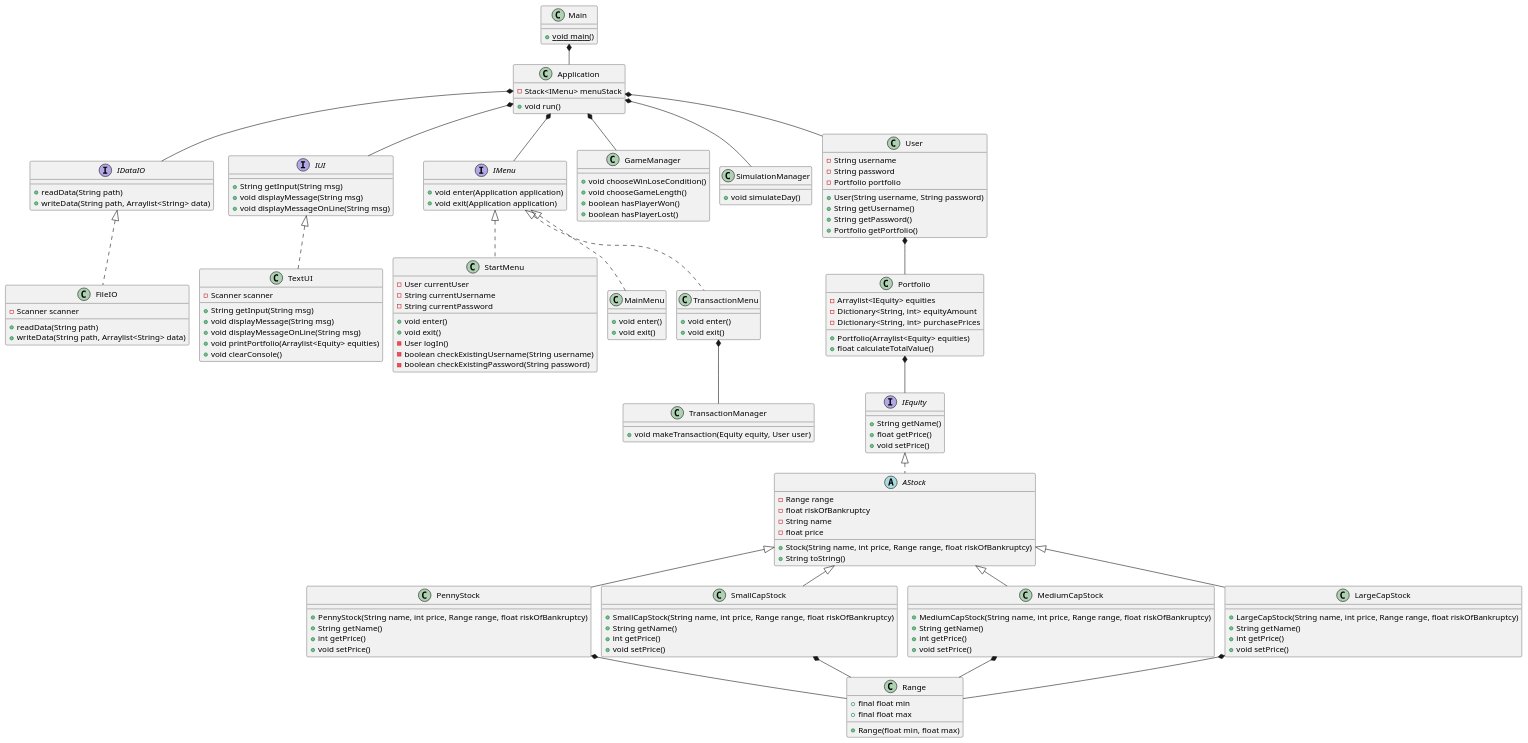
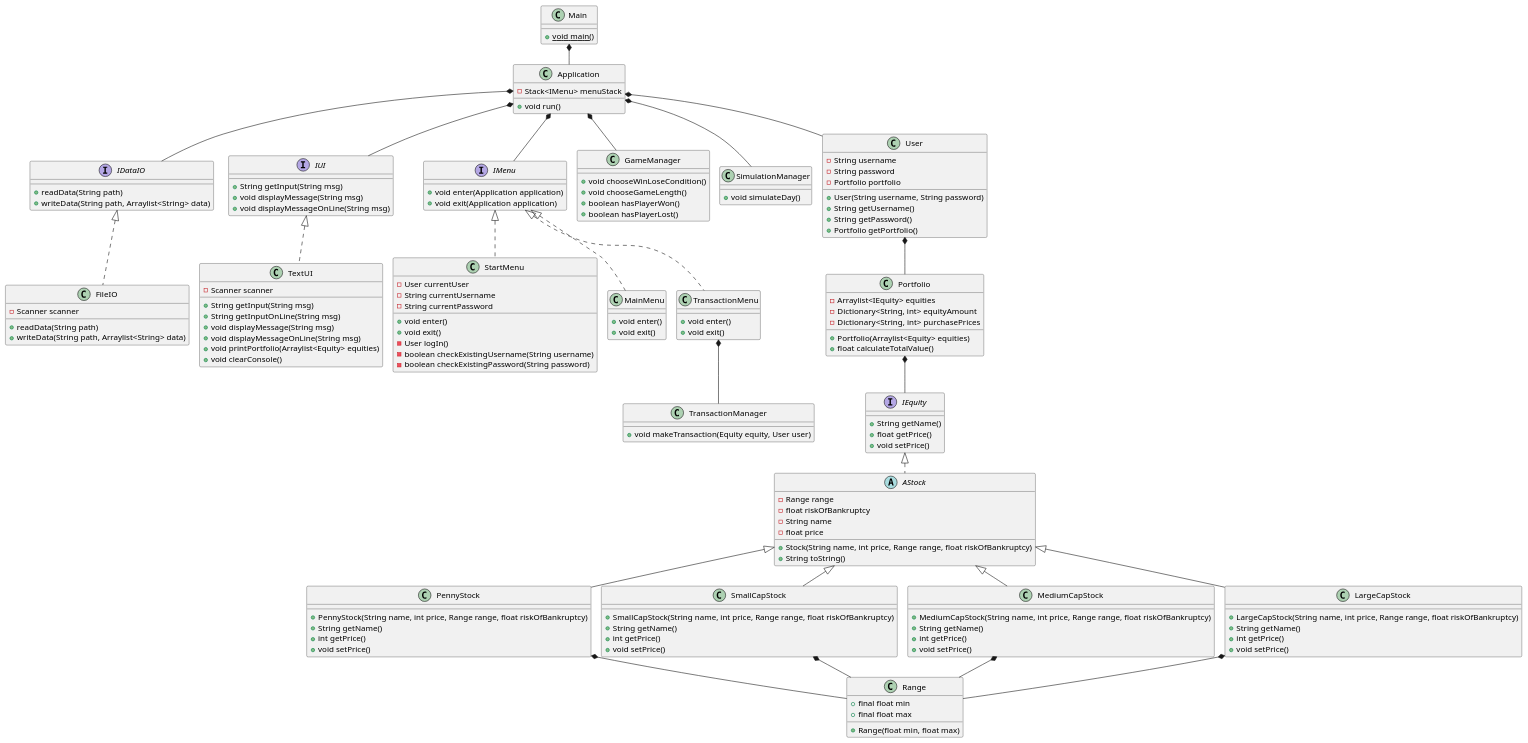
Before and after one commit to TobiasTheDanish/AktieSpil: the diagram in Documentation/KlasseDiagram.puml, drawn with PlantUML. The commit also changed 4 other files, not shown here.

```diff
--- a/Documentation/KlasseDiagram.puml
+++ b/Documentation/KlasseDiagram.puml
@@ -1,161 +1,162 @@
 @startuml
 !pragma layout smetana
 'https://plantuml.com/class-diagram
 class Main {
     + {static} void main()
 }
 
 class Application {
     - Stack<IMenu> menuStack
     + void run()
 }
 
 interface IDataIO {
     + readData(String path)
     + writeData(String path, Arraylist<String> data)
 }
 
 class FileIO implements IDataIO {
     - Scanner scanner
     + readData(String path)
     + writeData(String path, Arraylist<String> data)
 
 }
 
 interface IUI {
     + String getInput(String msg)
     + void displayMessage(String msg)
     + void displayMessageOnLine(String msg)
 }
 
 class TextUI implements IUI {
     - Scanner scanner
     + String getInput(String msg)
+    + String getInputOnLine(String msg)
     + void displayMessage(String msg)
     + void displayMessageOnLine(String msg)
     + void printPortfolio(Arraylist<Equity> equities)
     + void clearConsole()
 }
 
 interface IMenu {
     + void enter(Application application)
     + void exit(Application application)
 }
 
 class StartMenu implements IMenu {
     - User currentUser
     - String currentUsername
     - String currentPassword
     + void enter()
     + void exit()
     - User logIn()
     - boolean checkExistingUsername(String username)
     - boolean checkExistingPassword(String password)
 }
 
 class MainMenu implements IMenu {
     + void enter()
     + void exit()
 }
 
 class TransactionMenu implements IMenu {
     + void enter()
     + void exit()
 }
 
 class TransactionManager {
     + void makeTransaction(Equity equity, User user)
 }
 
 class GameManager {
     + void chooseWinLoseCondition()
     + void chooseGameLength()
     + boolean hasPlayerWon()
     + boolean hasPlayerLost()
 }
 
 class SimulationManager {
     + void simulateDay()
 }
 
 class User {
     - String username
     - String password
     - Portfolio portfolio
     + User(String username, String password)
     + String getUsername()
     + String getPassword()
     + Portfolio getPortfolio()
 }
 
 class Portfolio {
     - Arraylist<IEquity> equities
     - Dictionary<String, int> equityAmount
     - Dictionary<String, int> purchasePrices
     + Portfolio(Arraylist<Equity> equities)
     + float calculateTotalValue()
 }
 
 interface IEquity {
     + String getName()
     + float getPrice()
     + void setPrice()
 }
 
 abstract class AStock implements IEquity {
     - Range range
     - float riskOfBankruptcy
     - String name
     - float price
     + Stock(String name, int price, Range range, float riskOfBankruptcy)
     + String toString()
 }
 
 class PennyStock extends AStock {
     + PennyStock(String name, int price, Range range, float riskOfBankruptcy)
     + String getName()
     + int getPrice()
     + void setPrice()
 }
 class SmallCapStock extends AStock {
     + SmallCapStock(String name, int price, Range range, float riskOfBankruptcy)
     + String getName()
     + int getPrice()
     + void setPrice()
 }
 class MediumCapStock extends AStock {
     + MediumCapStock(String name, int price, Range range, float riskOfBankruptcy)
     + String getName()
     + int getPrice()
     + void setPrice()
 }
 class LargeCapStock extends AStock {
     + LargeCapStock(String name, int price, Range range, float riskOfBankruptcy)
     + String getName()
     + int getPrice()
     + void setPrice()
 }
 
 class Range {
     + final float min
     + final float max
     + Range(float min, float max)
 }
 
 Main *-- Application
 Application *-- IMenu
 Application *-- User
 Application *-- SimulationManager
 Application *-- GameManager
 Application *-- IUI
 Application *-- IDataIO
 
 TransactionMenu *-- TransactionManager
 
 User *-- Portfolio
 Portfolio *-- IEquity
 PennyStock *-- Range
 SmallCapStock *-- Range
 MediumCapStock *-- Range
 LargeCapStock *-- Range
 @enduml
```
